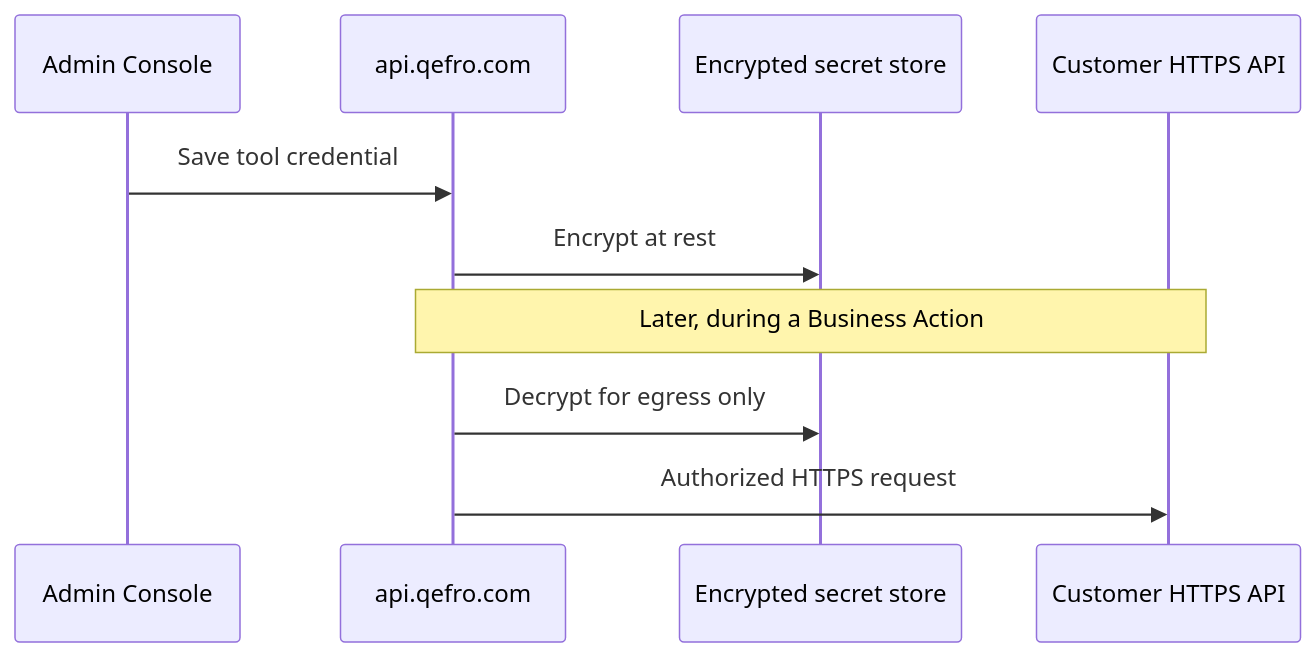
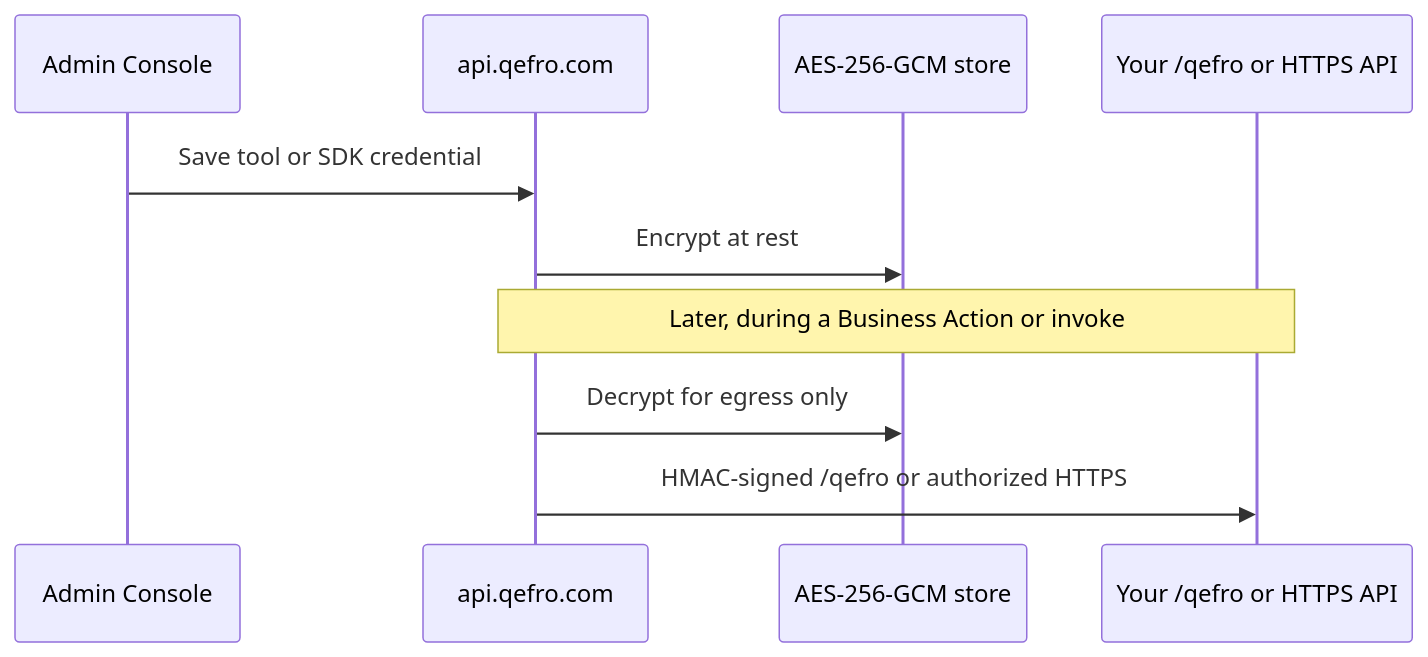
The diagram in docs/security/secrets.mdx (qefro-ai/qefro-documentation), drawn with Mermaid before and after one commit. The commit also changed other lines of this file and 24 other files, not shown here.

````diff
--- a/docs/security/secrets.mdx
+++ b/docs/security/secrets.mdx
@@ -35,12 +40,12 @@
 ```mermaid
 sequenceDiagram
   participant Admin as Admin Console
   participant API as api.qefro.com
-  participant Store as Encrypted secret store
-  participant Tool as Customer HTTPS API
-  Admin->>API: Save tool credential
+  participant Store as AES-256-GCM store
+  participant App as Your /qefro or HTTPS API
+  Admin->>API: Save tool or SDK credential
   API->>Store: Encrypt at rest
-  Note over API,Tool: Later, during a Business Action
+  Note over API,App: Later, during a Business Action or invoke
   API->>Store: Decrypt for egress only
-  API->>Tool: Authorized HTTPS request
+  API->>App: HMAC-signed /qefro or authorized HTTPS
 ```
````
